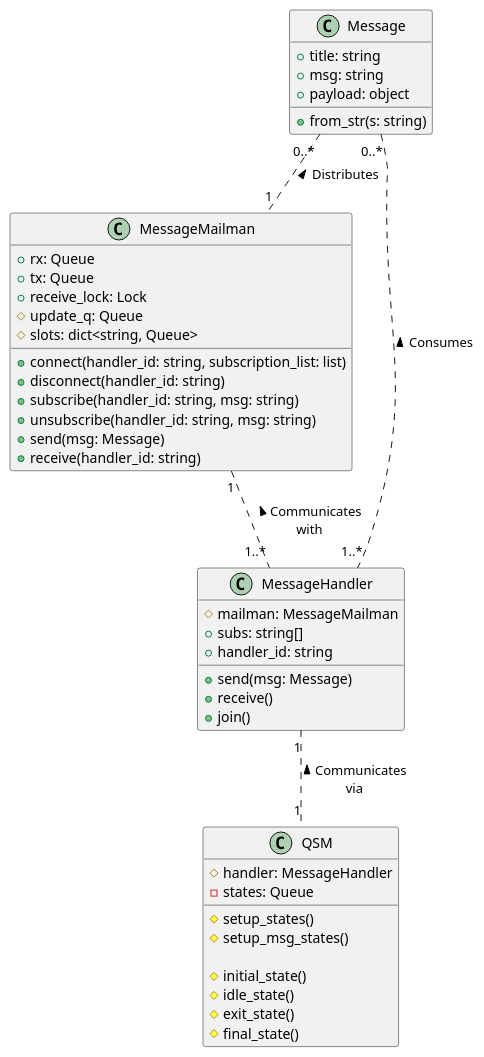
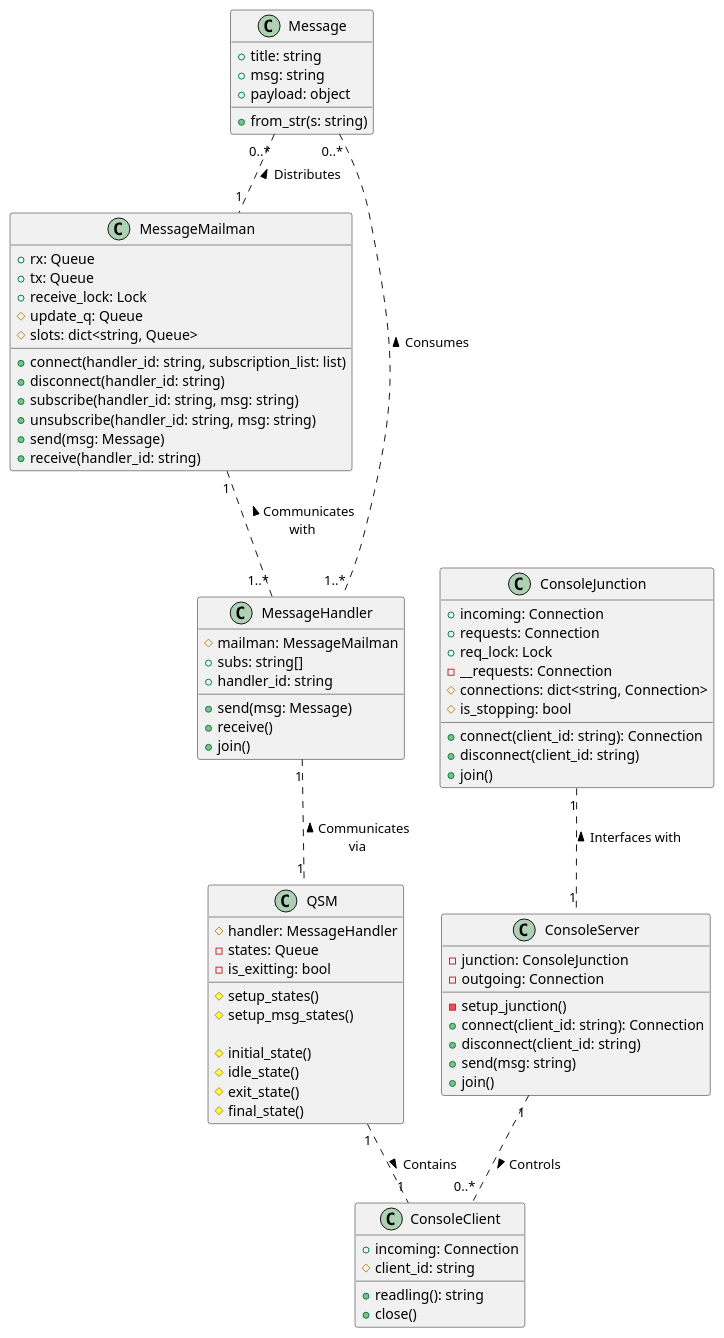
The diagram in tradebot/messaging/architecture.puml (aaron-jencks/alpaca_stock_tradebot), drawn with PlantUML before and after one commit. The commit also changed 23 other files, not shown here.

```diff
--- a/tradebot/messaging/architecture.puml
+++ b/tradebot/messaging/architecture.puml
@@ -1,55 +1,94 @@
 @startuml "Domain Model Diagram"
 
 class Message {
     + title: string
     + msg: string
     + payload: object
     + from_str(s: string)
 }
 
 class MessageMailman {
     + rx: Queue
     + tx: Queue
     + receive_lock: Lock
     # update_q: Queue
     # slots: dict<string, Queue>
 
     + connect(handler_id: string, subscription_list: list)
     + disconnect(handler_id: string)
     + subscribe(handler_id: string, msg: string)
     + unsubscribe(handler_id: string, msg: string)
     + send(msg: Message)
     + receive(handler_id: string)
 }
 
 Message "0..*" .. "1" MessageMailman : < Distributes
 
 class MessageHandler {
     # mailman: MessageMailman
     + subs: string[]
     + handler_id: string
 
     + send(msg: Message)
     + receive()
     + join()
 }
 
 Message "0..*" .. "1..*" MessageHandler : < Consumes
 MessageMailman "1" .. "1..*" MessageHandler : < Communicates\nwith
 
 class QSM {
     # handler: MessageHandler
     - states: Queue
+    - is_exitting: bool
 
     # setup_states()
     # setup_msg_states()
 
     # initial_state()
     # idle_state()
     # exit_state()
     # final_state()
 }
 
 MessageHandler "1" .. "1" QSM : < Communicates\nvia
 
+class ConsoleJunction {
+    + incoming: Connection
+    + requests: Connection
+    + req_lock: Lock
+    - __requests: Connection
+    # connections: dict<string, Connection>
+    # is_stopping: bool
+
+    + connect(client_id: string): Connection
+    + disconnect(client_id: string)
+    + join()
+}
+
+class ConsoleServer {
+    - junction: ConsoleJunction
+    - outgoing: Connection
+
+    - setup_junction()
+    + connect(client_id: string): Connection
+    + disconnect(client_id: string)
+    + send(msg: string)
+    + join()
+}
+
+ConsoleJunction "1" .. "1" ConsoleServer : < Interfaces with
+
+class ConsoleClient {
+    + incoming: Connection
+    # client_id: string
+
+    + readling(): string
+    + close()
+}
+
+ConsoleServer "1" .. "0..*" ConsoleClient : > Controls
+
+QSM "1" .. "1" ConsoleClient : > Contains
+
 @enduml
```
